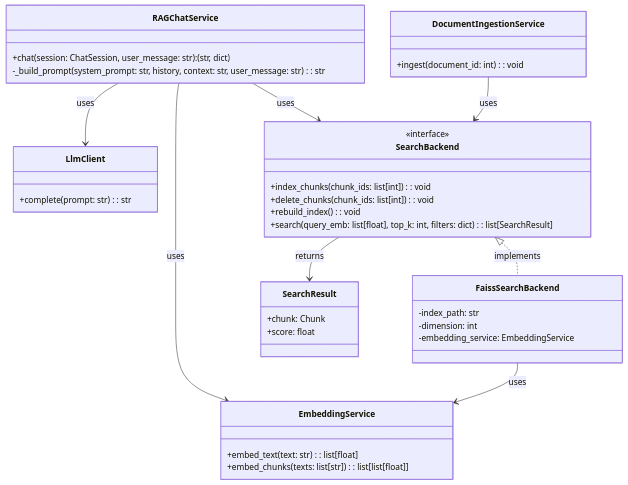
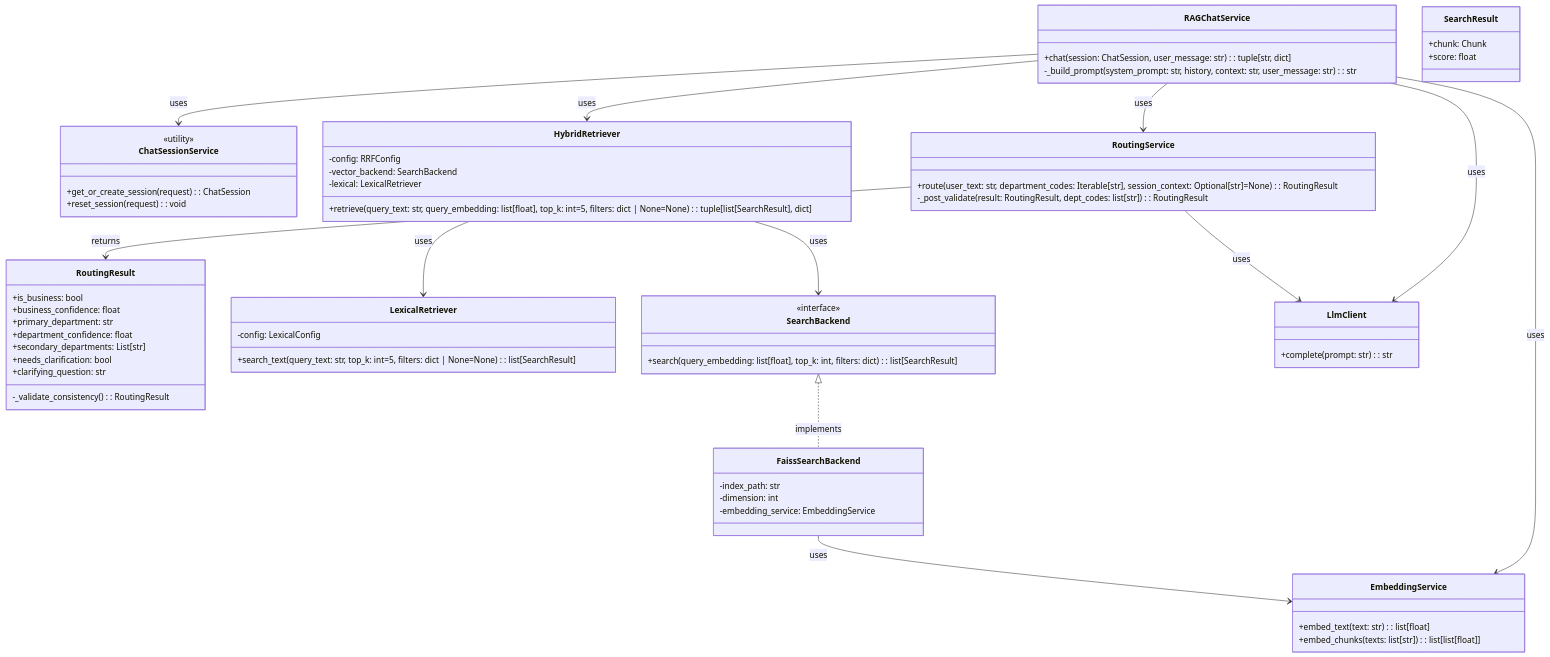
Before and after one commit to kishika1sei/djangoapp-ragsample: the first of 2 diagrams in docs/クラス図.md, drawn with Mermaid. The commit also changed other lines of this file, not shown here.

Commit message:
feat : rating

````diff
--- a/docs/クラス図.md
+++ b/docs/クラス図.md
@@ -5,55 +5,83 @@
 ```mermaid
 classDiagram
 
 class RAGChatService {
-    +chat(session: ChatSession, user_message: str): (str, dict)
-    -_build_prompt(system_prompt: str, history, context: str, user_message: str): str
+  +chat(session: ChatSession, user_message: str): tuple[str, dict]
+  -_build_prompt(system_prompt: str, history, context: str, user_message: str): str
 }
 
-class DocumentIngestionService {
-    +ingest(document_id: int): void
+class ChatSessionService {
+  <<utility>>
+  +get_or_create_session(request): ChatSession
+  +reset_session(request): void
+}
+
+class RoutingService {
+  +route(user_text: str, department_codes: Iterable[str], session_context: Optional[str]=None): RoutingResult
+  -_post_validate(result: RoutingResult, dept_codes: list[str]): RoutingResult
+}
+
+class RoutingResult {
+  +is_business: bool
+  +business_confidence: float
+  +primary_department: str
+  +department_confidence: float
+  +secondary_departments: List[str]
+  +needs_clarification: bool
+  +clarifying_question: str
+  -_validate_consistency(): RoutingResult
+}
+
+class HybridRetriever {
+  -config: RRFConfig
+  -vector_backend: SearchBackend
+  -lexical: LexicalRetriever
+  +retrieve(query_text: str, query_embedding: list[float], top_k: int=5, filters: dict | None=None): tuple[list[SearchResult], dict]
+}
+
+class LexicalRetriever {
+  -config: LexicalConfig
+  +search_text(query_text: str, top_k: int=5, filters: dict | None=None): list[SearchResult]
+}
+
+class SearchBackend {
+  <<interface>>
+  +search(query_embedding: list[float], top_k: int, filters: dict): list[SearchResult]
+}
+
+class FaissSearchBackend {
+  -index_path: str
+  -dimension: int
+  -embedding_service: EmbeddingService
 }
 
 class EmbeddingService {
-    +embed_text(text: str): list[float]
-    +embed_chunks(texts: list[str]): list[list[float]]
+  +embed_text(text: str): list[float]
+  +embed_chunks(texts: list[str]): list[list[float]]
 }
 
 class LlmClient {
-    +complete(prompt: str): str
-}
-
-class SearchBackend {
-    <<interface>>
-    +index_chunks(chunk_ids: list[int]): void
-    +delete_chunks(chunk_ids: list[int]): void
-    +rebuild_index(): void
-    +search(query_emb: list[float], top_k: int, filters: dict): list[SearchResult]
-}
-
-class FaissSearchBackend {
-    -index_path: str
-    -dimension: int
-    -embedding_service: EmbeddingService
+  +complete(prompt: str): str
 }
 
 class SearchResult {
-    +chunk: Chunk
-    +score: float
+  +chunk: Chunk
+  +score: float
 }
 
-%% 関係
-
-RAGChatService --> SearchBackend : uses
+RAGChatService --> ChatSessionService : uses
+RAGChatService --> RoutingService : uses
+RAGChatService --> HybridRetriever : uses
 RAGChatService --> EmbeddingService : uses
 RAGChatService --> LlmClient : uses
 
-DocumentIngestionService --> SearchBackend : uses
+RoutingService --> LlmClient : uses
+RoutingService --> RoutingResult : returns
+
+HybridRetriever --> SearchBackend : uses
+HybridRetriever --> LexicalRetriever : uses
 
 SearchBackend <|.. FaissSearchBackend : implements
 FaissSearchBackend --> EmbeddingService : uses
 
-SearchBackend --> SearchResult : returns
-
-
 ```
````
